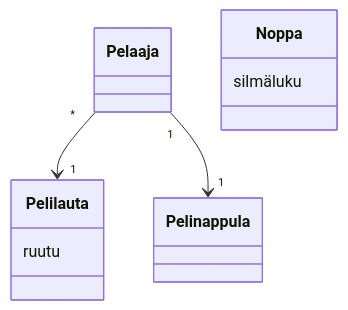
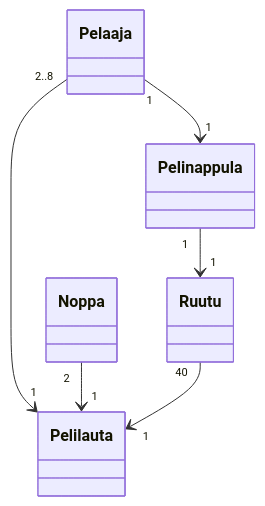
One commit to stalola/ot-harjoitustyo changed the diagram in laskarit/viikko3/monopoli.md. Above: the diagram before and after it, drawn with Mermaid. The commit also changed other lines of this file, not shown here.

Commit message:
mermaid-syntaksin päivitys

````diff
--- a/laskarit/viikko3/monopoli.md
+++ b/laskarit/viikko3/monopoli.md
@@ -12,18 +12,8 @@
 ```mermaid
- classDiagram
-      Pelaaja "*" --> "1" Pelilauta
-      class Pelaaja{
-      }
-      class Pelilauta{
-          ruutu
-      }
-      Pelaaja "1" --> "1" Pelinappula
-      class Pelinappula{
-
-      }
-      
-      class Noppa{
-          silmäluku
-      }
-
+classDiagram
+Pelaaja "2..8" --> "1" Pelilauta
+Noppa "2" --> "1" Pelilauta
+Ruutu "40" --> "1" Pelilauta
+Pelaaja "1" --> "1" Pelinappula
+Pelinappula "1" --> "1" Ruutu
 ```
````
